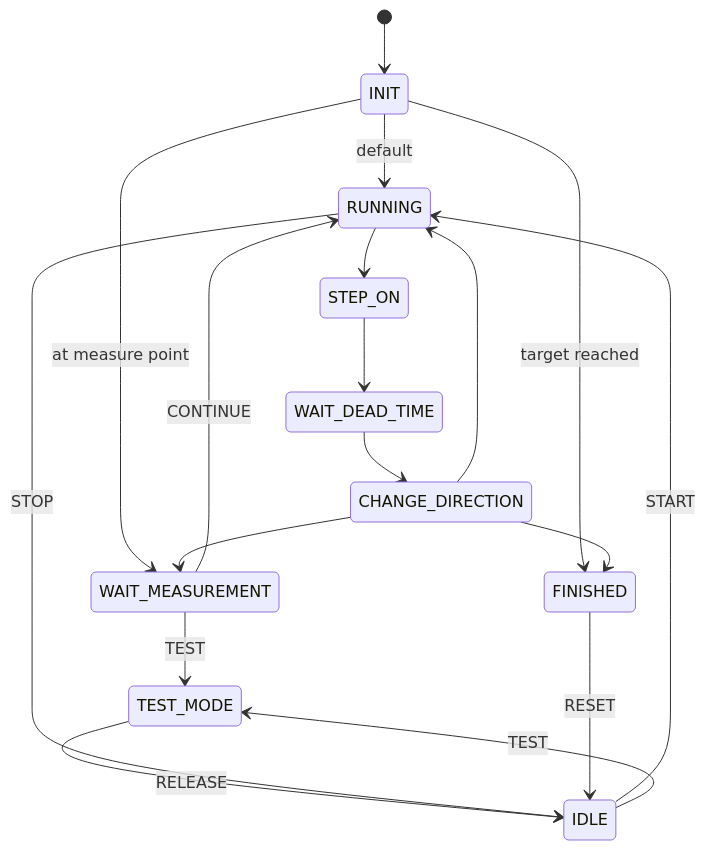
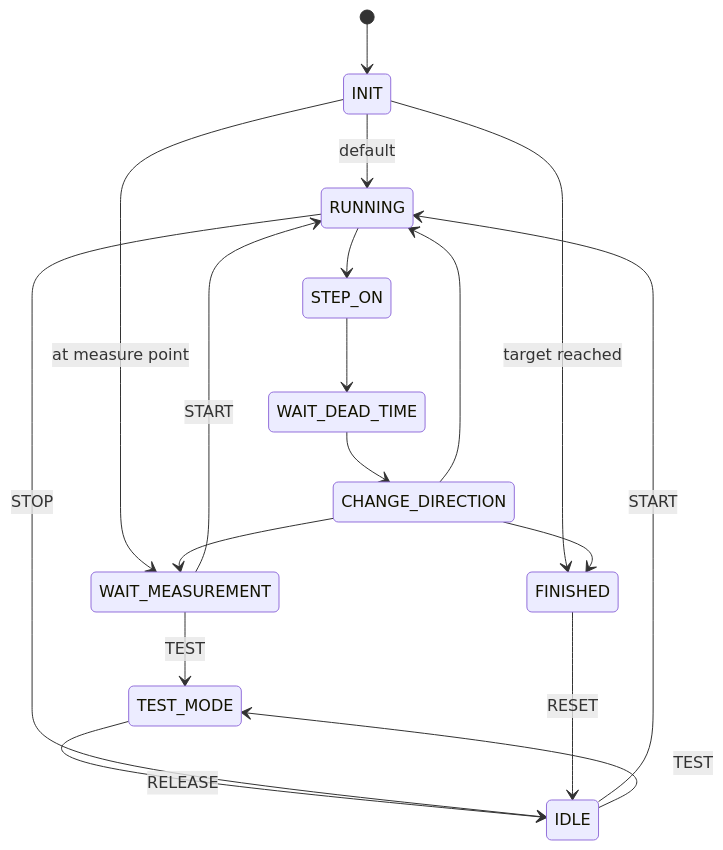
Before and after one commit to domkow78/Relay_tester: the diagram in state_machine.md, drawn with Mermaid. The commit also changed other lines of this file and 6 other files, not shown here.

````diff
--- a/state_machine.md
+++ b/state_machine.md
@@ -198,29 +197,29 @@
 ```mermaid
 stateDiagram-v2
 
 [*] --> INIT
 
 INIT --> RUNNING : default
 INIT --> WAIT_MEASUREMENT : at measure point
 INIT --> FINISHED : target reached
 
 IDLE --> RUNNING : START
 IDLE --> TEST_MODE : TEST
 
 TEST_MODE --> IDLE : RELEASE
 
 RUNNING --> STEP_ON
 STEP_ON --> WAIT_DEAD_TIME
 WAIT_DEAD_TIME --> CHANGE_DIRECTION
 
 CHANGE_DIRECTION --> RUNNING
 CHANGE_DIRECTION --> WAIT_MEASUREMENT
 CHANGE_DIRECTION --> FINISHED
 
-WAIT_MEASUREMENT --> RUNNING : CONTINUE
+WAIT_MEASUREMENT --> RUNNING : START
 WAIT_MEASUREMENT --> TEST_MODE : TEST
 
 RUNNING --> IDLE : STOP
 
 FINISHED --> IDLE : RESET
 ```
````
